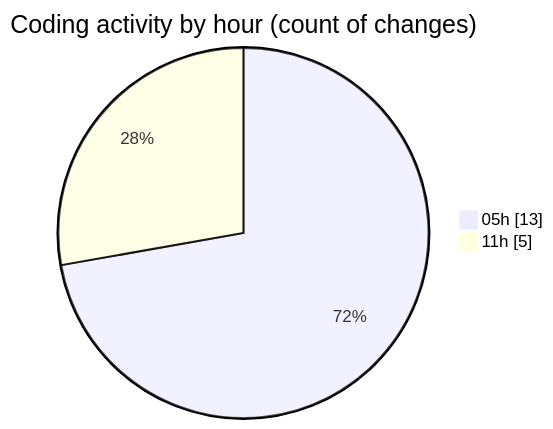
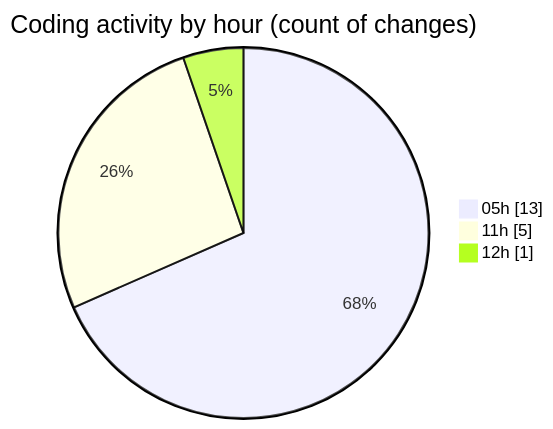
The second of 2 diagrams in 2025-09-10/hiai-phf/README.md (lephambinh05/code-tracking), drawn with Mermaid before and after one commit. The commit also changed other lines of this file and 1 other file, not shown here.

````diff
--- a/2025-09-10/hiai-phf/README.md
+++ b/2025-09-10/hiai-phf/README.md
@@ -35,6 +35,7 @@
 ```mermaid
 pie showData
 title Coding activity by hour (count of changes)
 "05h" : 13
 "11h" : 5
+"12h" : 1
 ```
````
